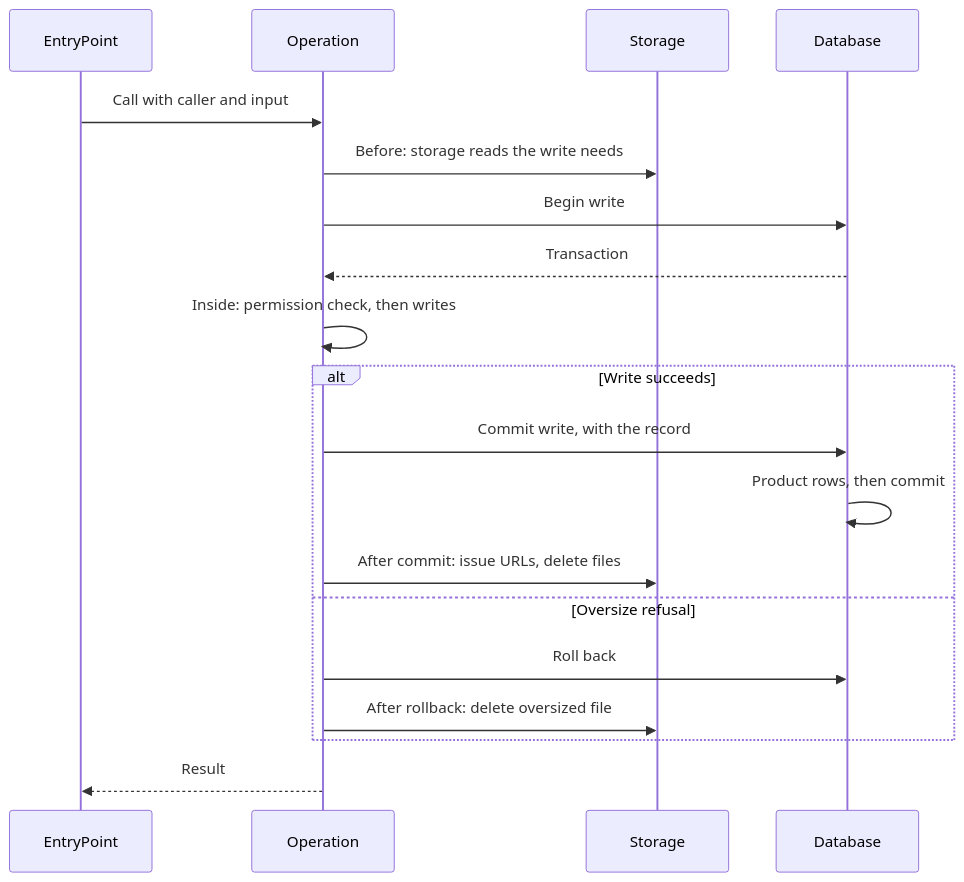
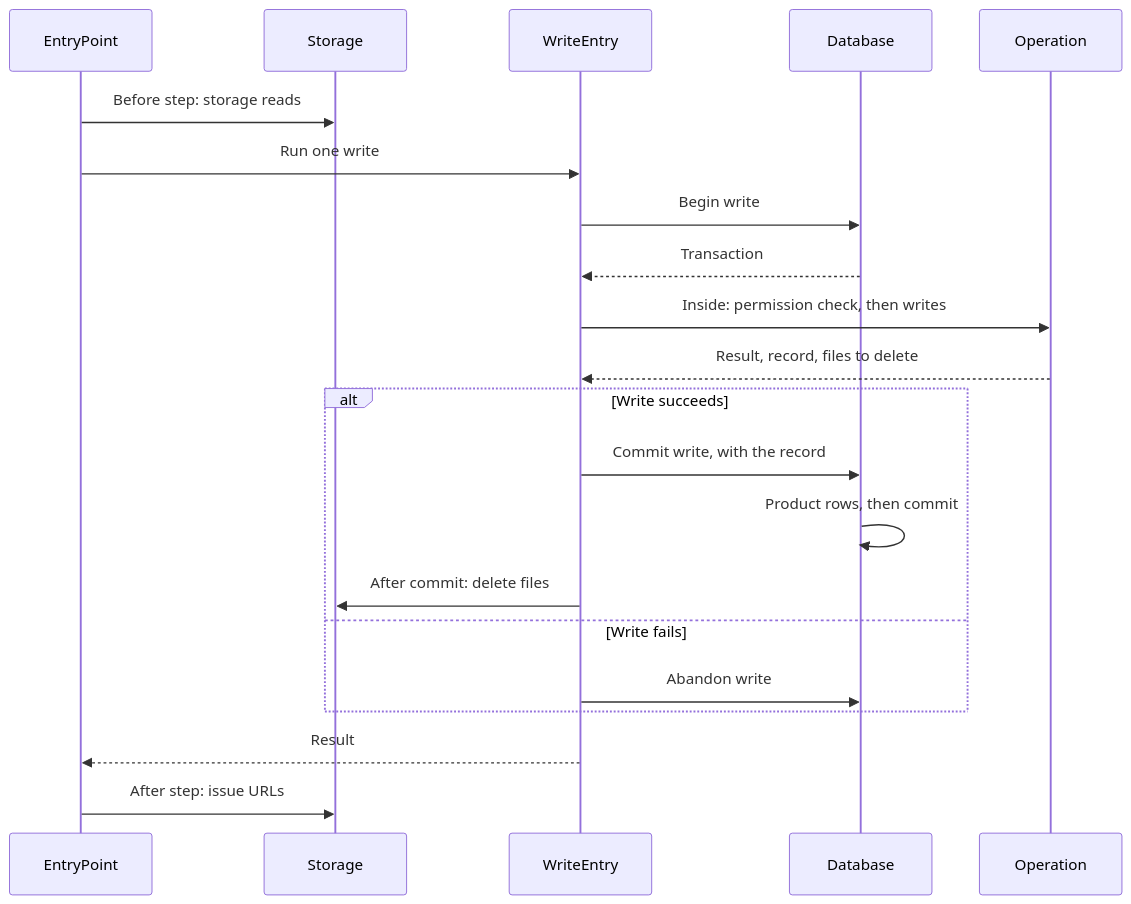
One commit to lorebayai/lorebay changed the second of 2 diagrams in lib/docs/architecture/library.md. Above: the diagram before and after it, drawn with Mermaid. The commit also changed other lines of this file and 61 other files, not shown here.

First line of the commit message:
fix(lib): settle writes and make oversize refusal final (#127)

````diff
--- a/lib/docs/architecture/library.md
+++ b/lib/docs/architecture/library.md
@@ -408,17 +420,18 @@
 ```mermaid
 sequenceDiagram
-    EntryPoint->>Operation: Call with caller and input
-    Operation->>Storage: Before: storage reads the write needs
-    Operation->>Database: Begin write
-    Database-->>Operation: Transaction
-    Operation->>Operation: Inside: permission check, then writes
+    EntryPoint->>Storage: Before step: storage reads
+    EntryPoint->>WriteEntry: Run one write
+    WriteEntry->>Database: Begin write
+    Database-->>WriteEntry: Transaction
+    WriteEntry->>Operation: Inside: permission check, then writes
+    Operation-->>WriteEntry: Result, record, files to delete
     alt Write succeeds
-        Operation->>Database: Commit write, with the record
+        WriteEntry->>Database: Commit write, with the record
         Database->>Database: Product rows, then commit
-        Operation->>Storage: After commit: issue URLs, delete files
-    else Oversize refusal
-        Operation->>Database: Roll back
-        Operation->>Storage: After rollback: delete oversized file
+        WriteEntry->>Storage: After commit: delete files
+    else Write fails
+        WriteEntry->>Database: Abandon write
     end
-    Operation-->>EntryPoint: Result
+    WriteEntry-->>EntryPoint: Result
+    EntryPoint->>Storage: After step: issue URLs
 ```
````
